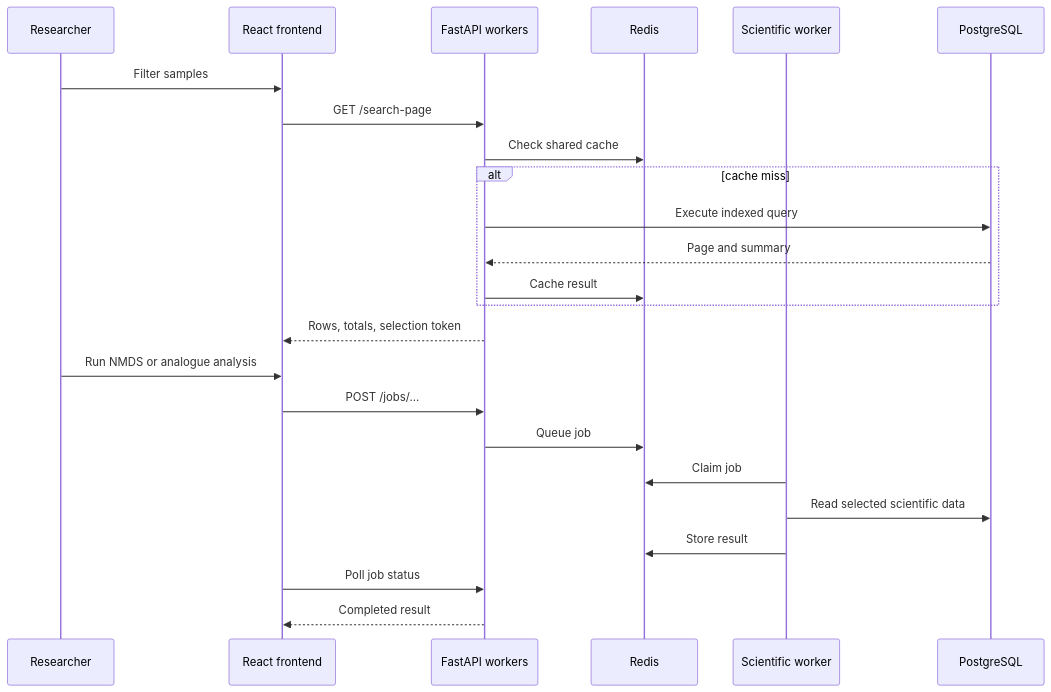
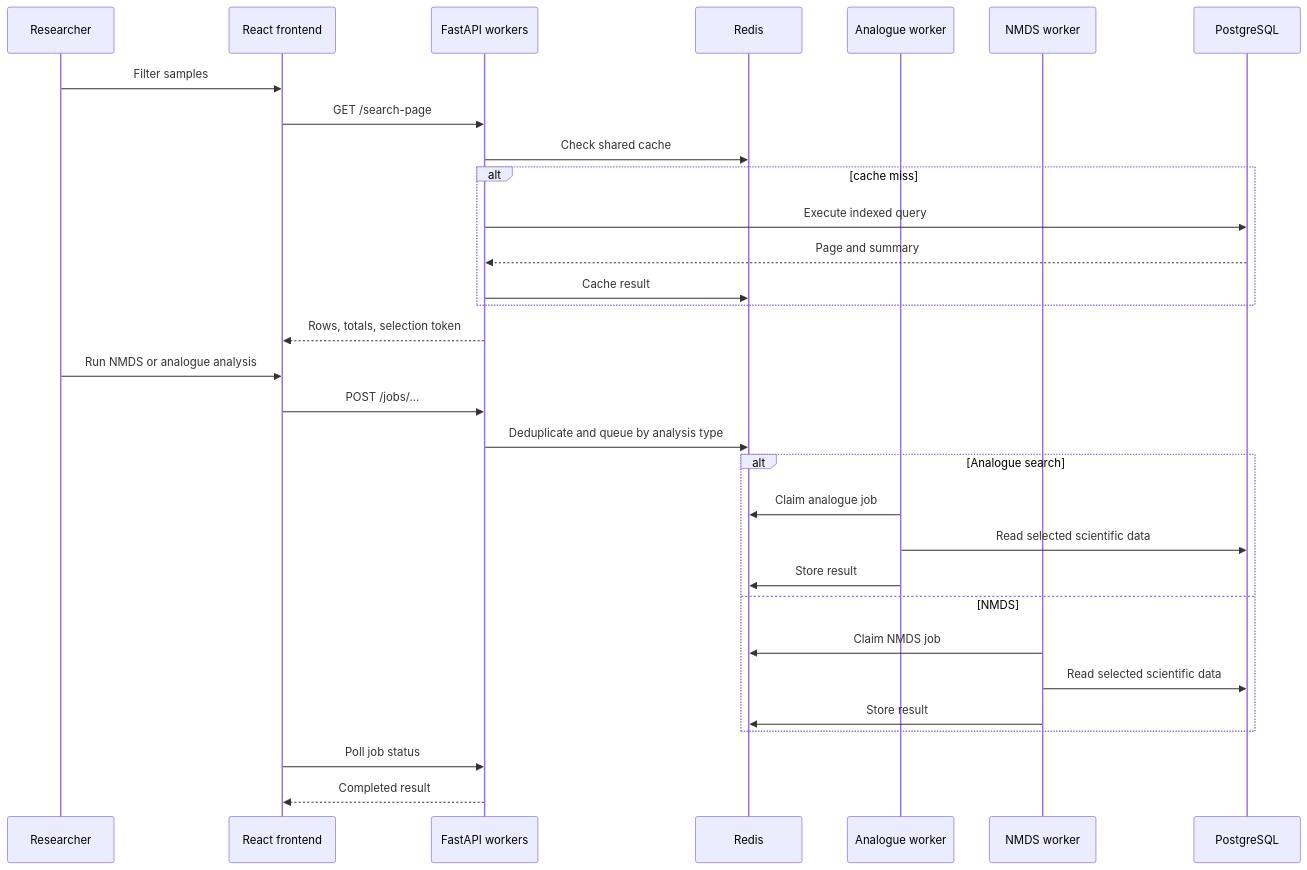
Before and after one commit to aabikshetri/neo-paleo-platform: the diagram in README.md, drawn with Mermaid. The commit also changed other lines of this file and 11 other files, not shown here.

Commit message:
Optimized scientific analysis job processing

````diff
--- a/README.md
+++ b/README.md
@@ -266,28 +267,35 @@
 ```mermaid
 sequenceDiagram
     participant U as Researcher
     participant F as React frontend
     participant A as FastAPI workers
     participant R as Redis
-    participant W as Scientific worker
+    participant WA as Analogue worker
+    participant WN as NMDS worker
     participant P as PostgreSQL
 
     U->>F: Filter samples
     F->>A: GET /search-page
     A->>R: Check shared cache
     alt cache miss
         A->>P: Execute indexed query
         P-->>A: Page and summary
         A->>R: Cache result
     end
     A-->>F: Rows, totals, selection token
 
     U->>F: Run NMDS or analogue analysis
     F->>A: POST /jobs/...
-    A->>R: Queue job
-    W->>R: Claim job
-    W->>P: Read selected scientific data
-    W->>R: Store result
+    A->>R: Deduplicate and queue by analysis type
+    alt Analogue search
+        WA->>R: Claim analogue job
+        WA->>P: Read selected scientific data
+        WA->>R: Store result
+    else NMDS
+        WN->>R: Claim NMDS job
+        WN->>P: Read selected scientific data
+        WN->>R: Store result
+    end
     F->>A: Poll job status
     A-->>F: Completed result
 ```
````
